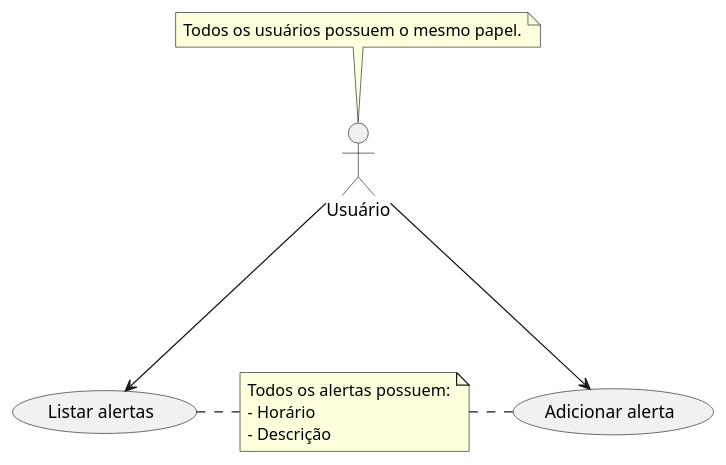
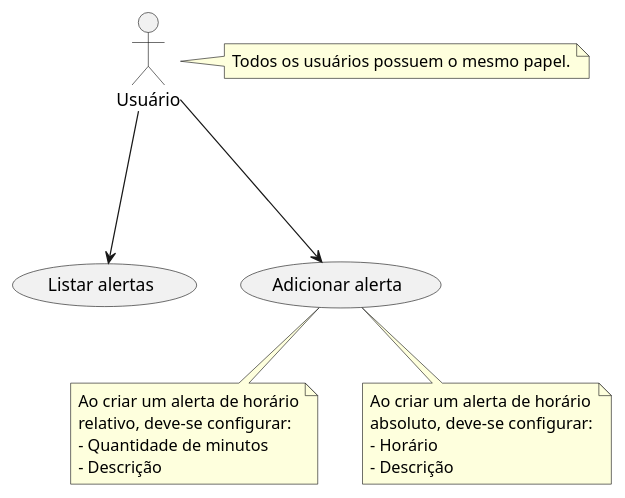
Before and after one commit to utfpr-cefwm/web11-2021-2: the diagram in use-case.puml, drawn with PlantUML. The commit also changed 1 other file, not shown here.

```diff
--- a/use-case.puml
+++ b/use-case.puml
@@ -1,17 +1,18 @@
 @startuml "Casos de uso"
 
 :Usuário: as Usuario
 (Listar alertas) as (listar)
 (Adicionar alerta) as (adicionar)
 
-note top of Usuario : Todos os usuários possuem o mesmo papel.
+note right of Usuario : Todos os usuários possuem o mesmo papel.
 
 Usuario ---> (listar)
 Usuario ---> (adicionar)
 
-note "Todos os alertas possuem:\n- Horário\n- Descrição" as N2
+note "Ao criar um alerta de horário\nrelativo, deve-se configurar:\n- Quantidade de minutos\n- Descrição" as N3
+note "Ao criar um alerta de horário\nabsoluto, deve-se configurar:\n- Horário\n- Descrição" as N2
 
-(listar) .r. N2
-(adicionar) .l. N2
+(adicionar) .. N2
+(adicionar) .. N3
 
 @enduml
```
